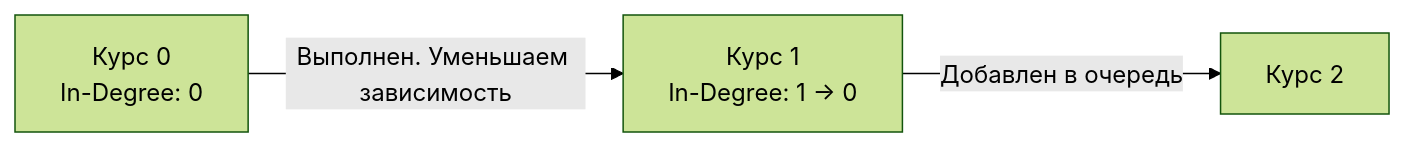
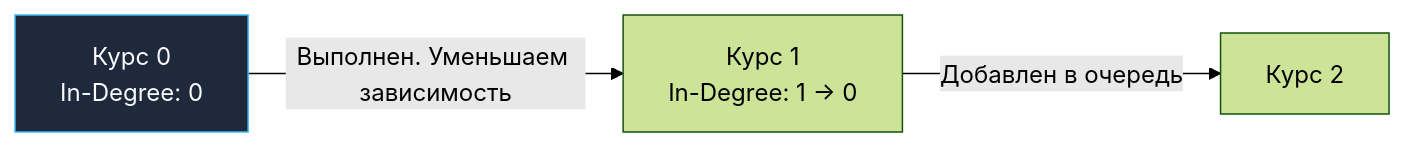
The diagram in sources/21. Задачи с LeetCode и собеседований на Go/02. Задачи/14. Графы/3. Course Schedule.md (UnrealTemplier/go-textbook), drawn with Mermaid (forest theme) before and after one commit. The commit also changed 1666 other files, not shown here.

First line of the commit message:
feat(mermaid): add semantic color classDef to 1369 colorless flowchart/graph diagrams

````diff
--- a/sources/21. Задачи с LeetCode и собеседований на Go/02. Задачи/14. Графы/3. Course Schedule.md
+++ b/sources/21. Задачи с LeetCode и собеседований на Go/02. Задачи/14. Графы/3. Course Schedule.md
@@ -94,5 +94,15 @@
 ```mermaid
 graph LR
-    A["Курс 0<br>In-Degree: 0"] -->|"Выполнен. Уменьшаем зависимость"| B["Курс 1<br>In-Degree: 1 -> 0"]
+    classDef process  fill:#1e293b,stroke:#38bdf8,stroke-width:1px,color:#f8fafc
+    classDef success  fill:#064e3b,stroke:#34d399,stroke-width:1px,color:#f8fafc
+    classDef error    fill:#7f1d1d,stroke:#f87171,stroke-width:1px,color:#f8fafc
+    classDef warning  fill:#78350f,stroke:#fbbf24,stroke-width:1px,color:#f8fafc
+    classDef entry    fill:#1e3a5f,stroke:#38bdf8,stroke-width:2px,color:#f8fafc
+    classDef aux      fill:#334155,stroke:#64748b,stroke-width:1px,color:#f8fafc
+    classDef system   fill:#312e81,stroke:#a78bfa,stroke-width:1px,color:#f8fafc
+    classDef data     fill:#132d29,stroke:#2dd4bf,stroke-width:1px,color:#f8fafc
+    classDef network  fill:#881337,stroke:#fb7185,stroke-width:1px,color:#f8fafc
+    classDef accent   fill:#1e1b4b,stroke:#818cf8,stroke-width:1px,color:#f8fafc
+    A["Курс 0<br>In-Degree: 0"]:::process -->|"Выполнен. Уменьшаем зависимость"| B["Курс 1<br>In-Degree: 1 -> 0"]
     B -->|"Добавлен в очередь"| C["Курс 2"]
 ```
````
